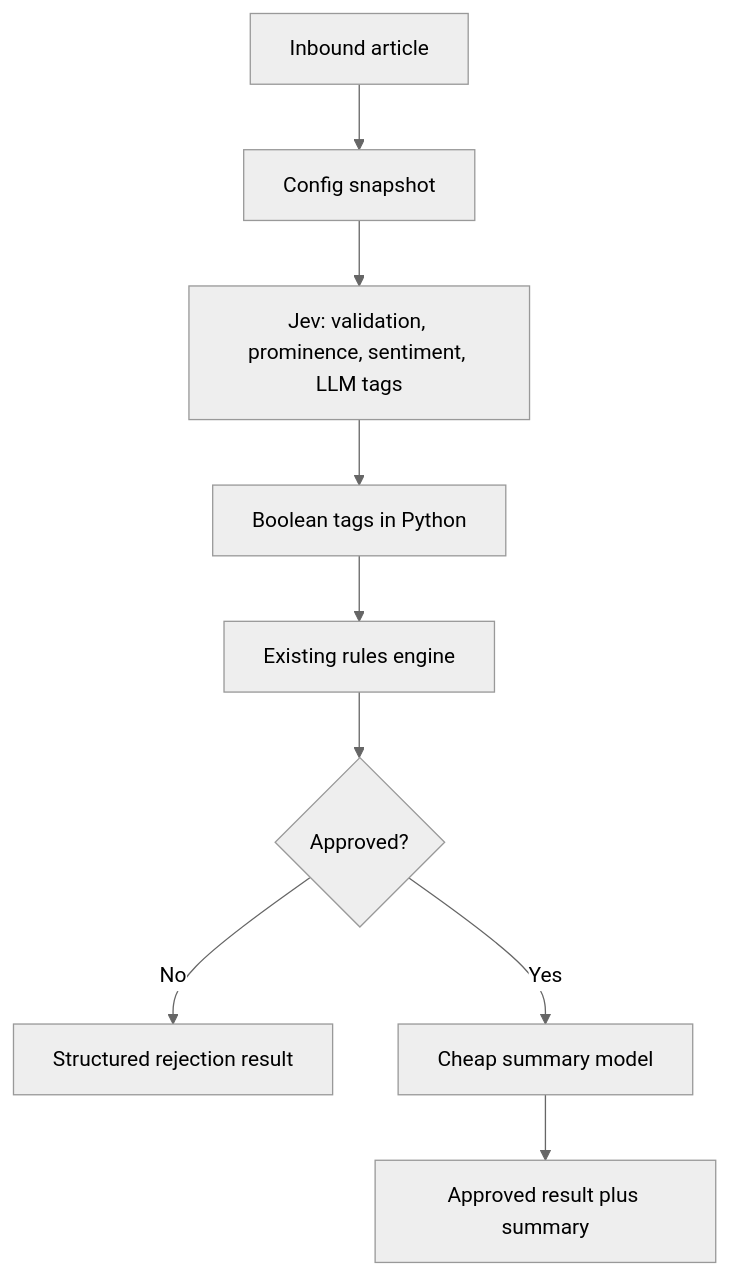
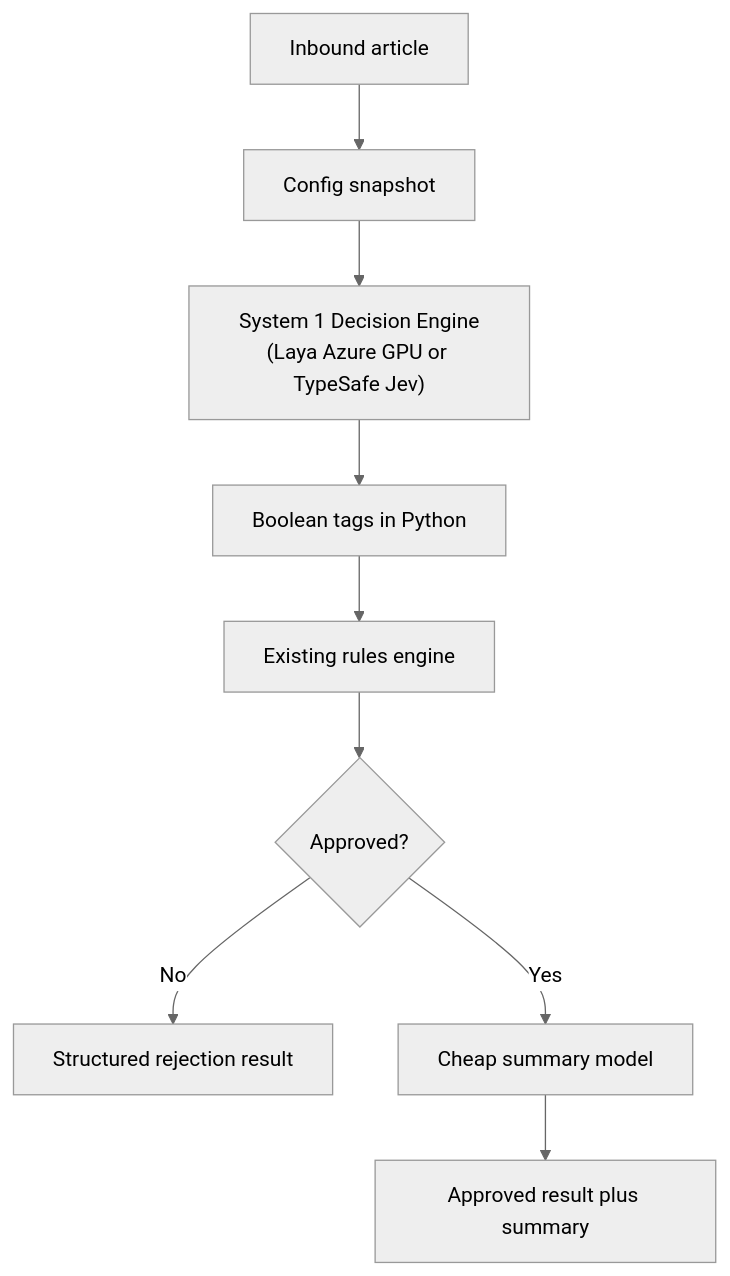
Before and after one commit to TonyP-MR/jev-curation-engine: the fifth of 5 diagrams in jev-curation-engine-explainer.md, drawn with Mermaid (neutral theme). The commit also changed other lines of this file and 1 other file, not shown here.

Commit message:
docs: update README and explainer diagrams to reflect dual Laya and Jev options

````diff
--- a/jev-curation-engine-explainer.md
+++ b/jev-curation-engine-explainer.md
@@ -412,11 +428,11 @@
 ```mermaid
 flowchart TD
     A[Inbound article] --> B[Config snapshot]
-    B --> C[Jev: validation, prominence, sentiment, LLM tags]
+    B --> C["System 1 Decision Engine<br/>(Laya Azure GPU or TypeSafe Jev)"]
     C --> D[Boolean tags in Python]
     D --> E[Existing rules engine]
     E --> F{Approved?}
     F -->|No| G[Structured rejection result]
     F -->|Yes| H[Cheap summary model]
     H --> I[Approved result plus summary]
 ```
````
